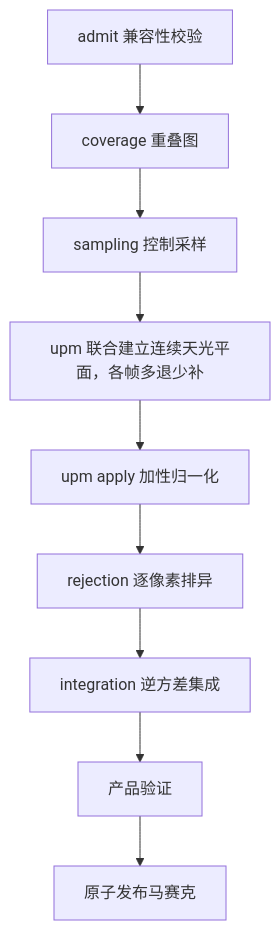
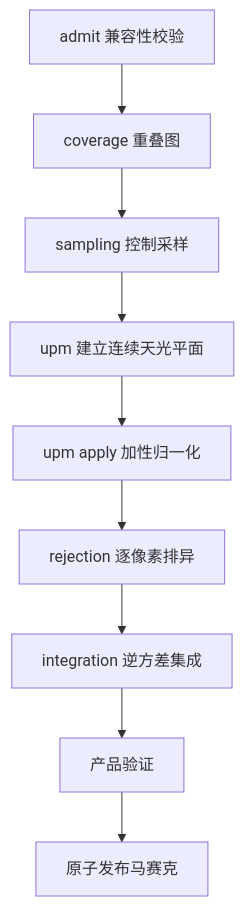
One commit to fujiaze/Astro-CS-Database changed the sixth of 10 diagrams in docs/ASTROCS_DESIGN.md. Above: the diagram before and after it, drawn with Mermaid. The commit also changed other lines of this file and 1 other file, not shown here.

````diff
--- a/docs/ASTROCS_DESIGN.md
+++ b/docs/ASTROCS_DESIGN.md
@@ -417,11 +264,11 @@
 ```mermaid
 flowchart TD
     A["admit 兼容性校验"] --> C["coverage 重叠图"]
     C --> S["sampling 控制采样"]
-    S --> U["upm 联合建立连续天光平面，各帧多退少补"]
+    S --> U["upm 建立连续天光平面"]
     U --> UA["upm apply 加性归一化"]
     UA --> R["rejection 逐像素排异"]
     R --> I["integration 逆方差集成"]
     I --> V["产品验证"]
     V --> O["原子发布马赛克"]
 ```
````
